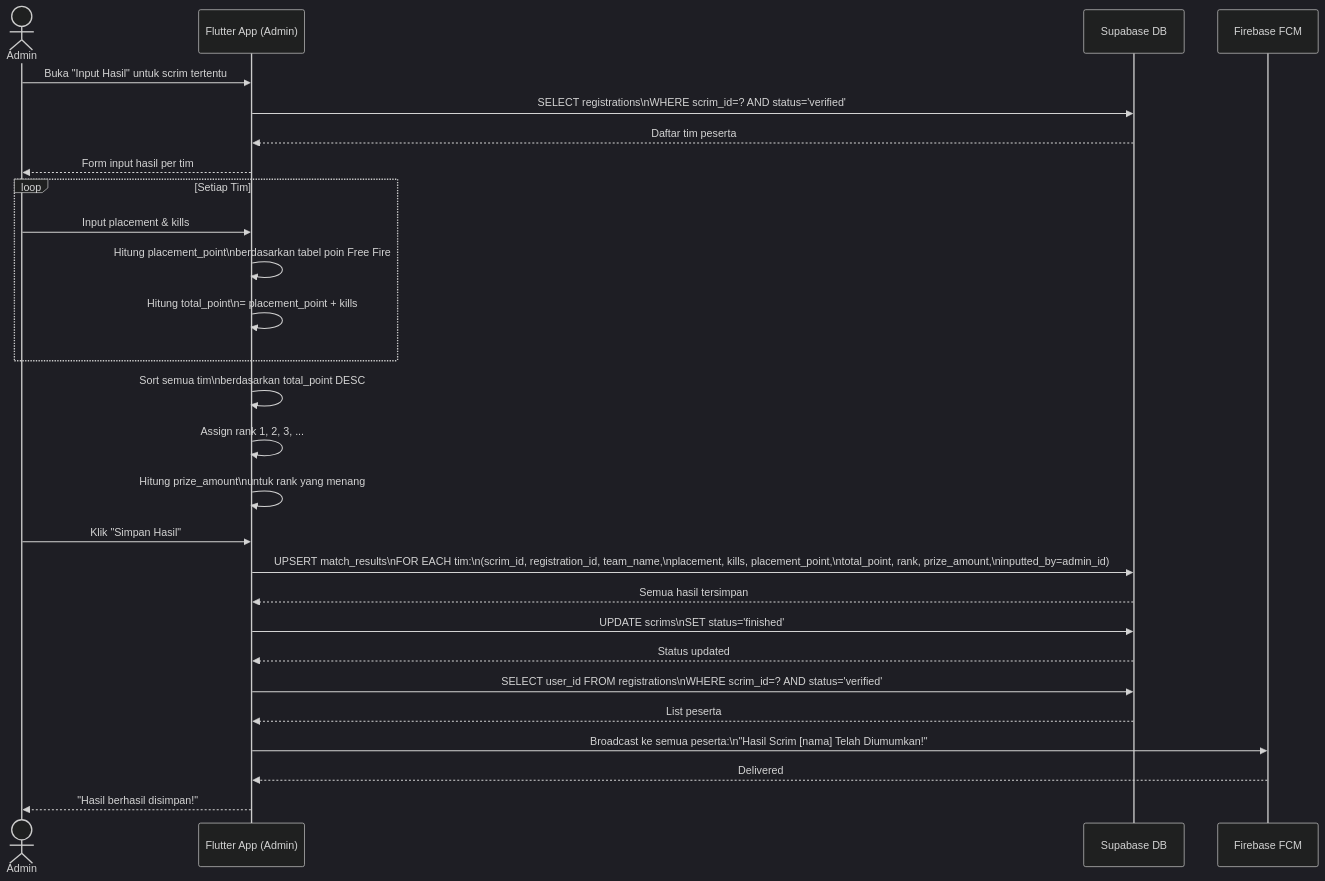
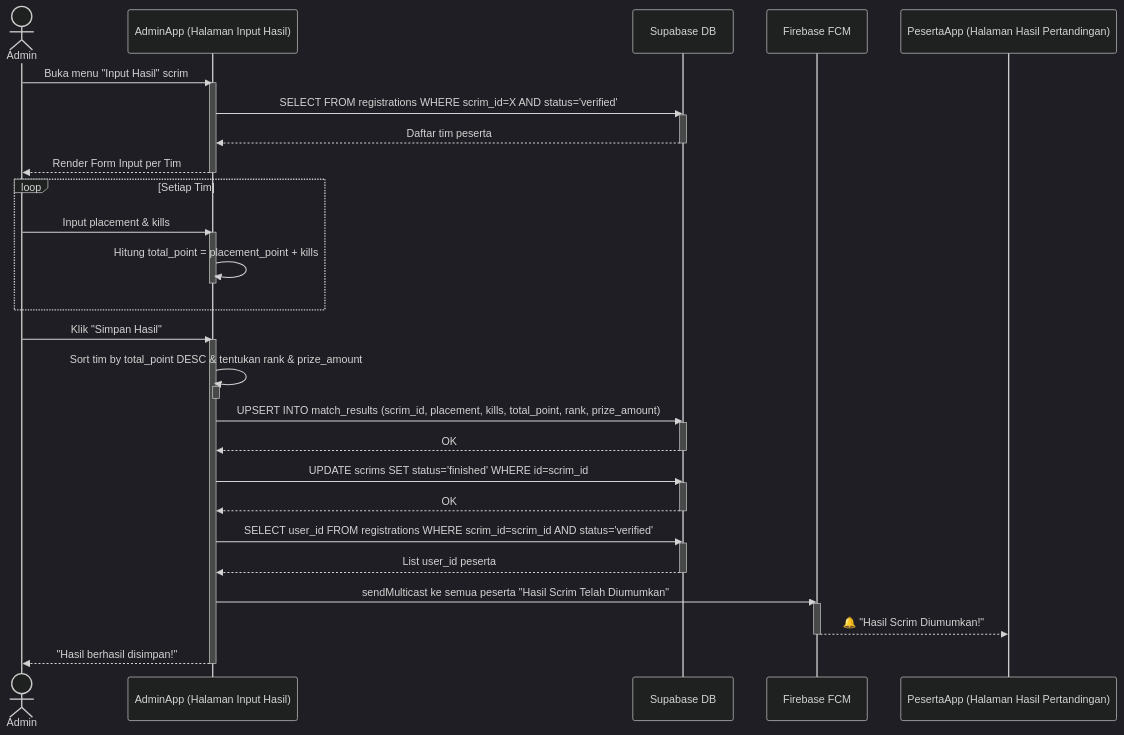
One commit to yosima050/booyahhub changed diagram 39 of 47 in DOKUMENTASI.md. Above: the diagram before and after it, drawn with Mermaid (dark theme). The commit also changed other lines of this file, not shown here.

Commit message:
docs: update user flow documentation with expanded process steps and refined sequence diagrams

````diff
--- a/DOKUMENTASI.md
+++ b/DOKUMENTASI.md
@@ -1265,38 +1497,52 @@
 ```mermaid
 sequenceDiagram
     actor Admin
-    participant App as Flutter App (Admin)
+    participant App as AdminApp (Halaman Input Hasil)
     participant DB as Supabase DB
     participant FCM as Firebase FCM
+    participant PesertaApp as PesertaApp (Halaman Hasil Pertandingan)
 
-    Admin->>App: Buka "Input Hasil" untuk scrim tertentu
-    App->>DB: SELECT registrations\nWHERE scrim_id=? AND status='verified'
+    Admin->>App: Buka menu "Input Hasil" scrim
+    activate App
+    App->>DB: SELECT FROM registrations WHERE scrim_id=X AND status='verified'
+    activate DB
     DB-->>App: Daftar tim peserta
-    App-->>Admin: Form input hasil per tim
+    deactivate DB
+    App-->>Admin: Render Form Input per Tim
+    deactivate App
 
     loop Setiap Tim
         Admin->>App: Input placement & kills
-        App->>App: Hitung placement_point\nberdasarkan tabel poin Free Fire
-        App->>App: Hitung total_point\n= placement_point + kills
+        activate App
+        App->>App: Hitung total_point = placement_point + kills
+        deactivate App
     end
 
-    App->>App: Sort semua tim\nberdasarkan total_point DESC
-    App->>App: Assign rank 1, 2, 3, ...
-    App->>App: Hitung prize_amount\nuntuk rank yang menang
+    Admin->>App: Klik "Simpan Hasil"
+    activate App
+    App->>App: Sort tim by total_point DESC & tentukan rank & prize_amount
+    activate App
+    deactivate App
 
-    Admin->>App: Klik "Simpan Hasil"
+    App->>DB: UPSERT INTO match_results (scrim_id, placement, kills, total_point, rank, prize_amount)
+    activate DB
+    DB-->>App: OK
+    deactivate DB
 
-    App->>DB: UPSERT match_results\nFOR EACH tim:\n(scrim_id, registration_id, team_name,\nplacement, kills, placement_point,\ntotal_point, rank, prize_amount,\ninputted_by=admin_id)
-    DB-->>App: Semua hasil tersimpan
+    App->>DB: UPDATE scrims SET status='finished' WHERE id=scrim_id
+    activate DB
+    DB-->>App: OK
+    deactivate DB
 
-    App->>DB: UPDATE scrims\nSET status='finished'
-    DB-->>App: Status updated
+    App->>DB: SELECT user_id FROM registrations WHERE scrim_id=scrim_id AND status='verified'
+    activate DB
+    DB-->>App: List user_id peserta
+    deactivate DB
 
-    App->>DB: SELECT user_id FROM registrations\nWHERE scrim_id=? AND status='verified'
-    DB-->>App: List peserta
-
-    App->>FCM: Broadcast ke semua peserta:\n"Hasil Scrim [nama] Telah Diumumkan!"
-    FCM-->>App: Delivered
-
+    App->>FCM: sendMulticast ke semua peserta "Hasil Scrim Telah Diumumkan"
+    activate FCM
+    FCM-->>PesertaApp: 🔔 "Hasil Scrim Diumumkan!"
+    deactivate FCM
     App-->>Admin: "Hasil berhasil disimpan!"
+    deactivate App
 ```
````
